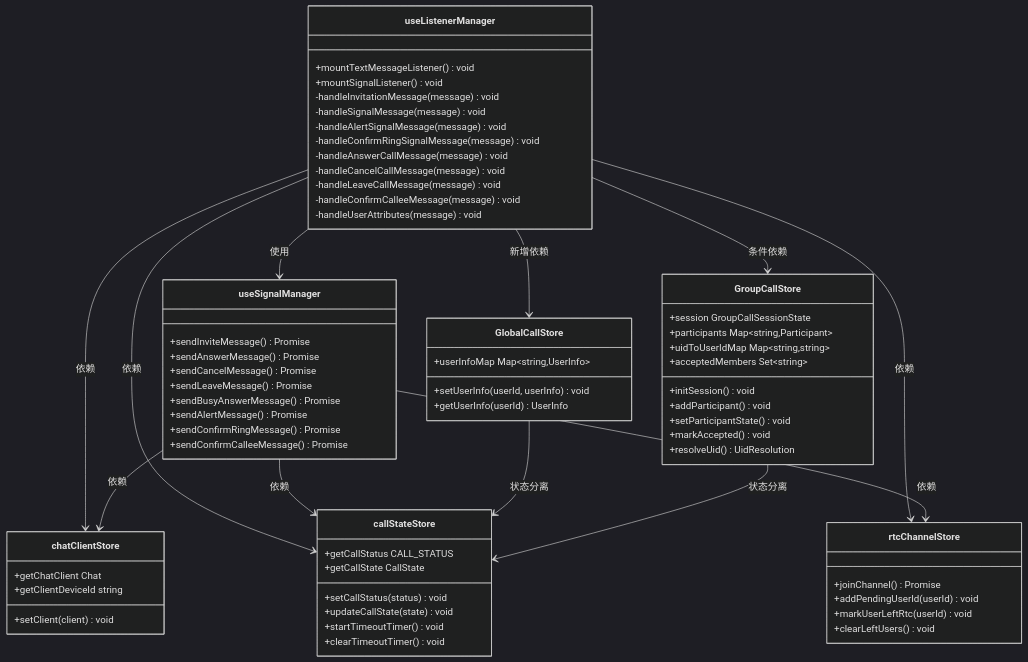
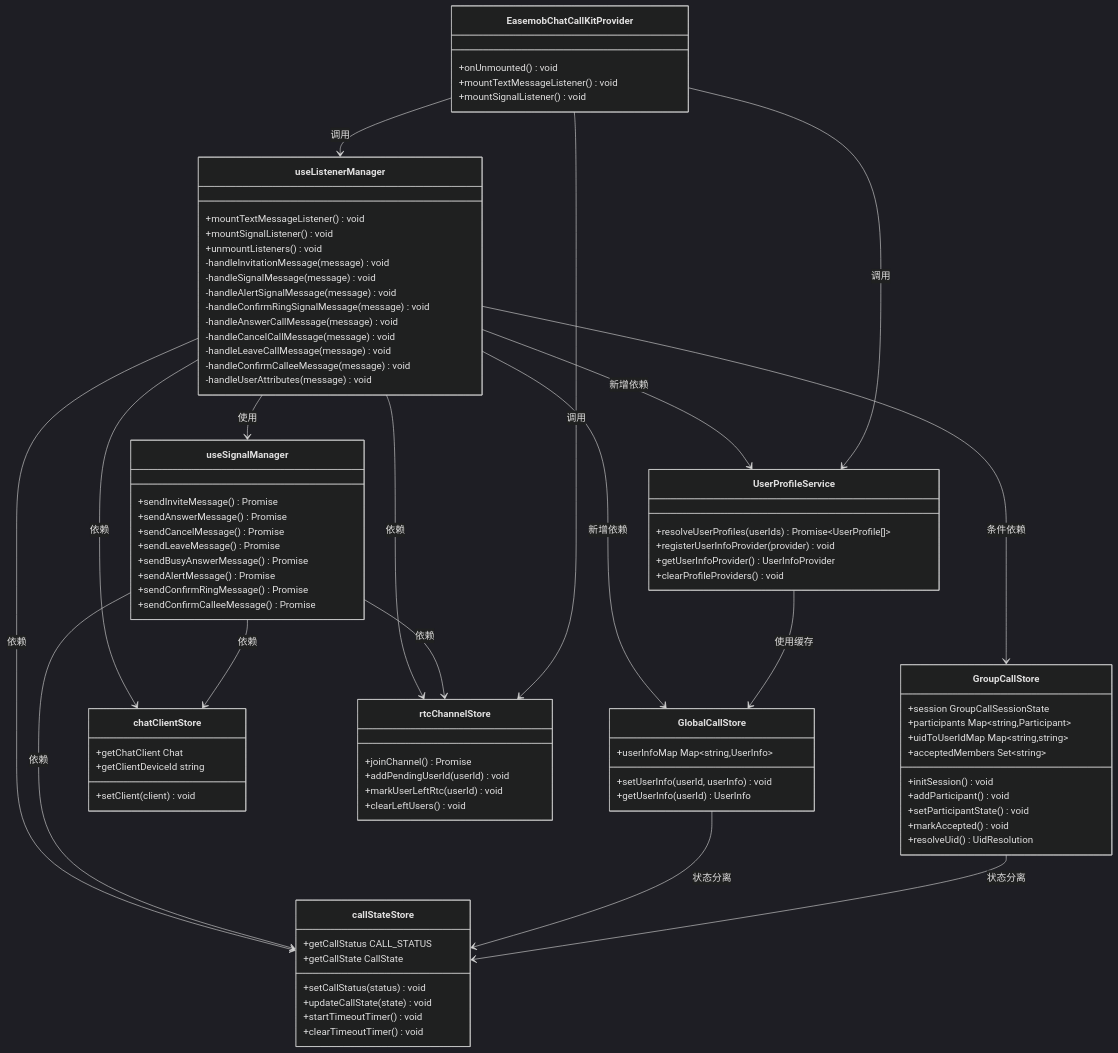
The ninth of 22 diagrams in .qoder/repowiki/zh/content/组合式 API/监听器管理 API.md (Easemob-Community/easemob-uikit-callkit-vue3), drawn with Mermaid (dark theme) before and after one commit. The commit also changed other lines of this file and 58 other files, not shown here.

````diff
--- a/.qoder/repowiki/zh/content/组合式 API/监听器管理 API.md
+++ b/.qoder/repowiki/zh/content/组合式 API/监听器管理 API.md
@@ -386,6 +503,7 @@
 class useListenerManager {
 +mountTextMessageListener() void
 +mountSignalListener() void
++unmountListeners() void
 -handleInvitationMessage(message) void
 -handleSignalMessage(message) void
 -handleAlertSignalMessage(message) void
@@ -422,6 +540,17 @@
 +markAccepted() void
 +resolveUid() UidResolution
 }
+class UserProfileService {
++resolveUserProfiles(userIds) Promise~UserProfile[]~
++registerUserInfoProvider(provider) void
++getUserInfoProvider() UserInfoProvider
++clearProfileProviders() void
+}
+class EasemobChatCallKitProvider {
++onUnmounted() void
++mountTextMessageListener() void
++mountSignalListener() void
+}
 class chatClientStore {
 +getChatClient Chat
 +getClientDeviceId string
@@ -447,9 +576,14 @@
 useListenerManager --> rtcChannelStore : 依赖
 useListenerManager --> GlobalCallStore : 新增依赖
 useListenerManager --> GroupCallStore : 条件依赖
+useListenerManager --> UserProfileService : 新增依赖
 useSignalManager --> chatClientStore : 依赖
 useSignalManager --> callStateStore : 依赖
 useSignalManager --> rtcChannelStore : 依赖
+UserProfileService --> GlobalCallStore : 使用缓存
+EasemobChatCallKitProvider --> useListenerManager : 调用
+EasemobChatCallKitProvider --> UserProfileService : 调用
+EasemobChatCallKitProvider --> rtcChannelStore : 调用
 GlobalCallStore --> callStateStore : 状态分离
 GroupCallStore --> callStateStore : 状态分离
 ```
````
